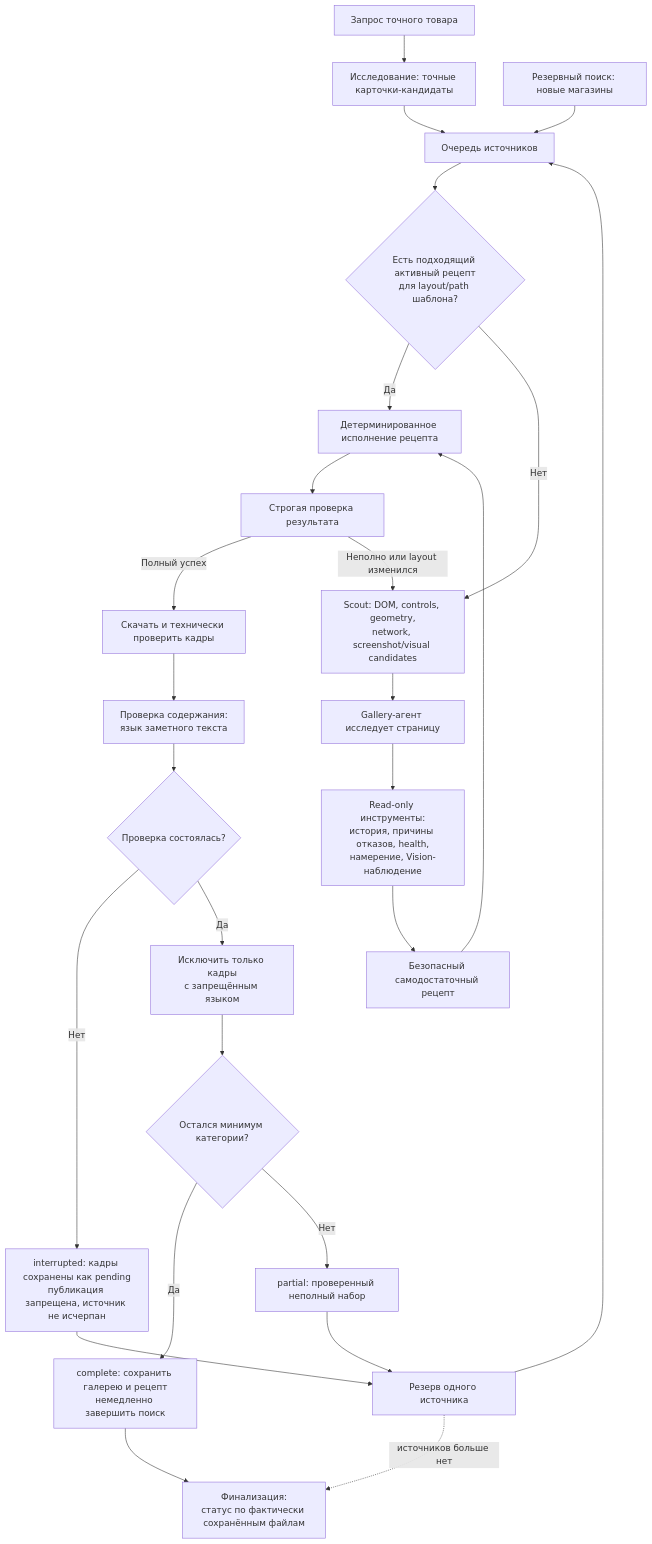
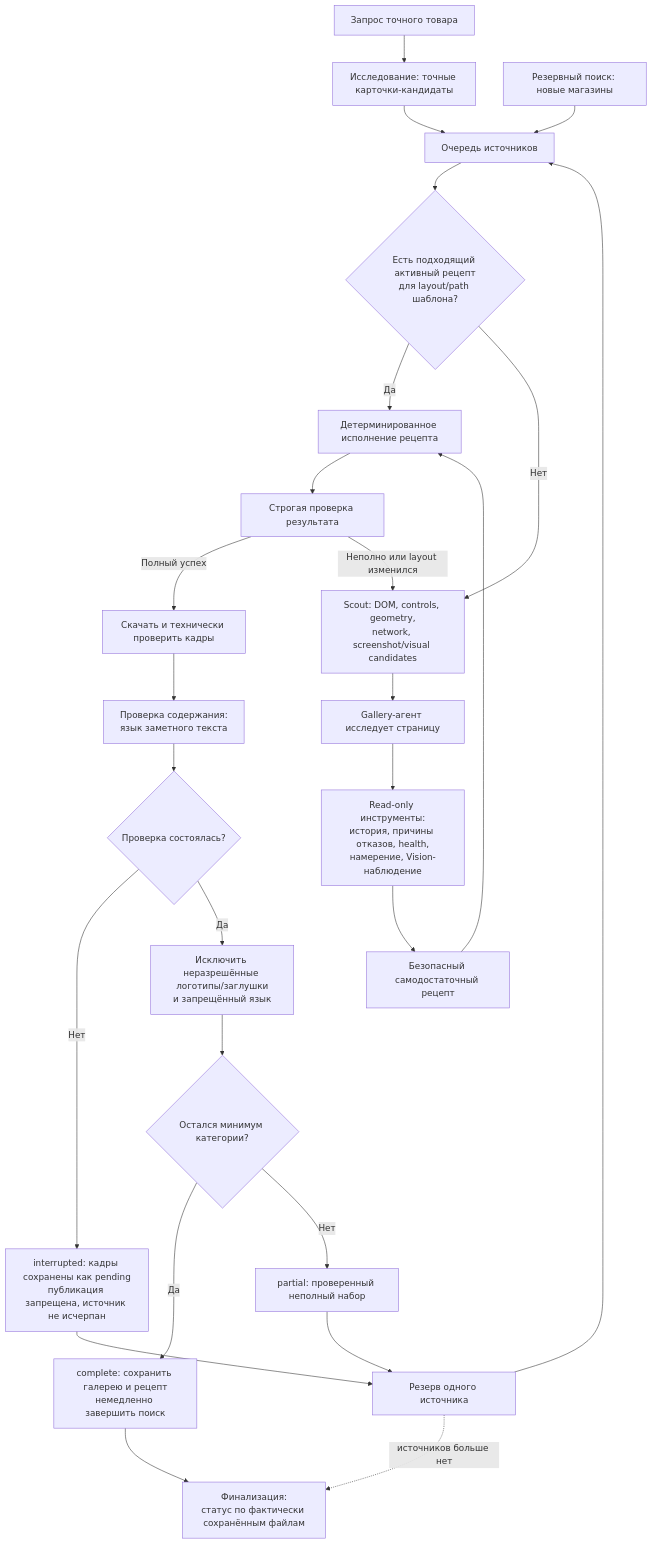
Before and after one commit to uncommonartemon/Ningredy-bot: the first of 3 diagrams in PROJECT_STRATEGY.md, drawn with Mermaid. The commit also changed other lines of this file and 491 other files, not shown here.

````diff
--- a/PROJECT_STRATEGY.md
+++ b/PROJECT_STRATEGY.md
@@ -70,28 +82,28 @@
 ```mermaid
 flowchart TD
     A[Запрос точного товара] --> B[Исследование: точные карточки-кандидаты]
     B --> Q[Очередь источников]
     R[Резервный поиск: новые магазины] --> Q
     Q --> C{Есть подходящий активный рецепт<br/>для layout/path шаблона?}
     C -- Да --> D[Детерминированное исполнение рецепта]
     C -- Нет --> E[Scout: DOM, controls, geometry,<br/>network, screenshot/visual candidates]
     D --> F[Строгая проверка результата]
     F -- Полный успех --> G[Скачать и технически проверить кадры]
     F -- Неполно или layout изменился --> E
     E --> H[Gallery-агент исследует страницу]
     H --> I[Read-only инструменты:<br/>история, причины отказов, health,<br/>намерение, Vision-наблюдение]
     I --> J[Безопасный самодостаточный рецепт]
     J --> D
     G --> K[Проверка содержания:<br/>язык заметного текста]
     K --> V{Проверка состоялась?}
     V -- Нет --> INT[interrupted: кадры сохранены как pending<br/>публикация запрещена, источник не исчерпан]
-    V -- Да --> M[Исключить только кадры<br/>с запрещённым языком]
+    V -- Да --> M[Исключить неразрешённые логотипы/заглушки<br/>и запрещённый язык]
     M --> N{Остался минимум категории?}
     N -- Да --> L[complete: сохранить галерею и рецепт<br/>немедленно завершить поиск]
     N -- Нет --> P[partial: проверенный неполный набор]
     P --> RES[Резерв одного источника]
     INT --> RES
     RES --> Q
     RES -.->|источников больше нет| FIN[Финализация:<br/>статус по фактически сохранённым файлам]
     L --> FIN
 ```
````
